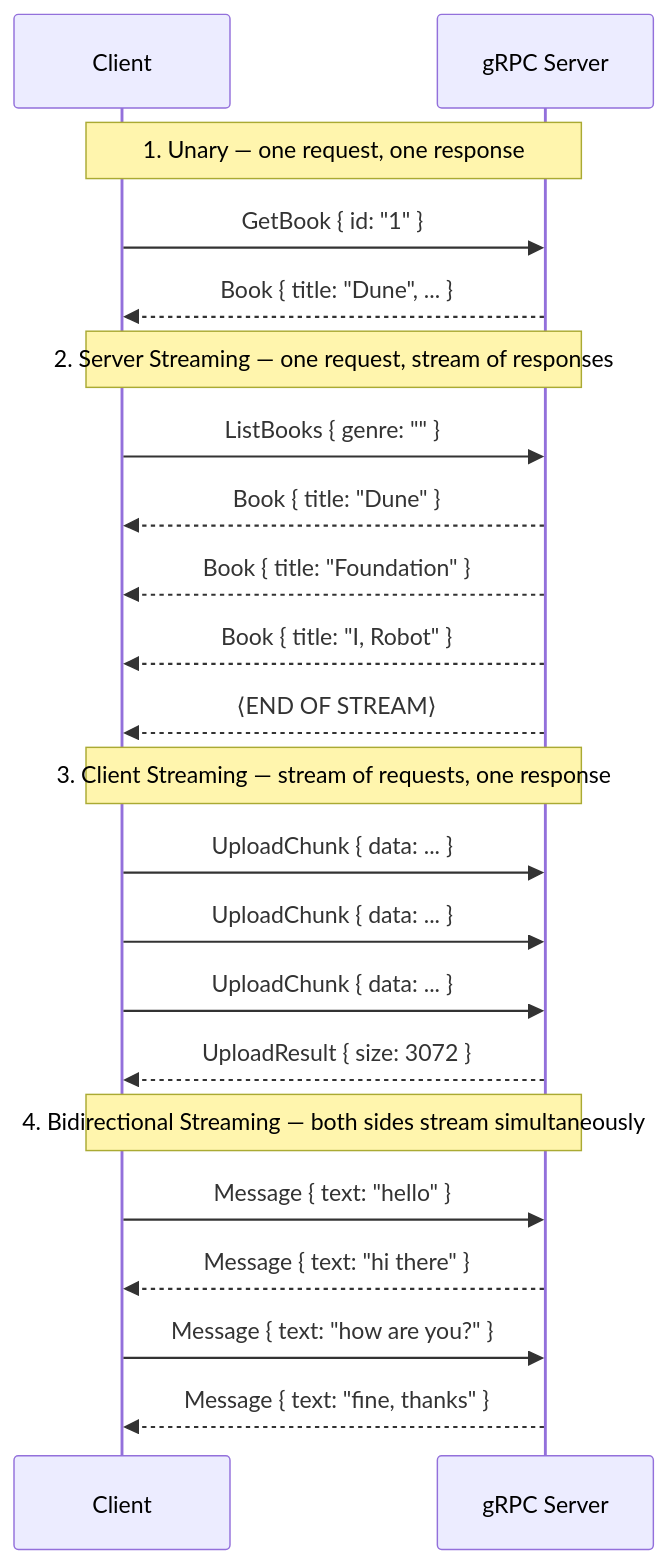
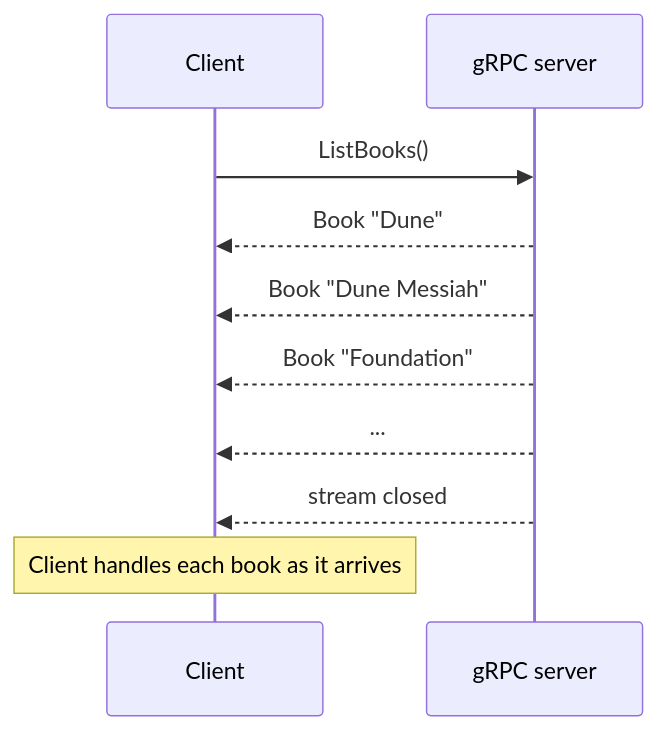
One commit to vaisakh-vn/api-comparison changed the tenth of 13 diagrams in README.md. Above: the diagram before and after it, drawn with Mermaid. The commit also changed other lines of this file, not shown here.

First line of the commit message:
Fix README diagram colors and correct gRPC comparison

````diff
--- a/README.md
+++ b/README.md
@@ -397,28 +375,13 @@
 ```mermaid
 sequenceDiagram
     participant C as Client
-    participant S as gRPC Server
+    participant S as gRPC server
 
-    Note over C,S: 1. Unary — one request, one response
-    C->>S: GetBook { id: "1" }
-    S-->>C: Book { title: "Dune", ... }
-
-    Note over C,S: 2. Server Streaming — one request, stream of responses
-    C->>S: ListBooks { genre: "" }
-    S-->>C: Book { title: "Dune" }
-    S-->>C: Book { title: "Foundation" }
-    S-->>C: Book { title: "I, Robot" }
-    S-->>C: ⟨END OF STREAM⟩
-
-    Note over C,S: 3. Client Streaming — stream of requests, one response
-    C->>S: UploadChunk { data: ... }
-    C->>S: UploadChunk { data: ... }
-    C->>S: UploadChunk { data: ... }
-    S-->>C: UploadResult { size: 3072 }
-
-    Note over C,S: 4. Bidirectional Streaming — both sides stream simultaneously
-    C->>S: Message { text: "hello" }
-    S-->>C: Message { text: "hi there" }
-    C->>S: Message { text: "how are you?" }
-    S-->>C: Message { text: "fine, thanks" }
+    C->>S: ListBooks()
+    S-->>C: Book "Dune"
+    S-->>C: Book "Dune Messiah"
+    S-->>C: Book "Foundation"
+    S-->>C: ...
+    S-->>C: stream closed
+    Note over C: Client handles each book as it arrives
 ```
````
